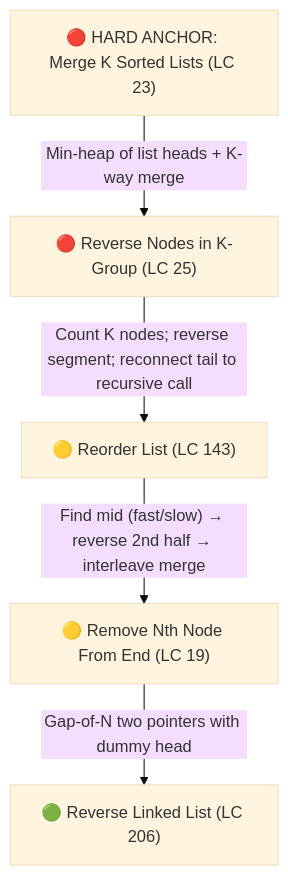
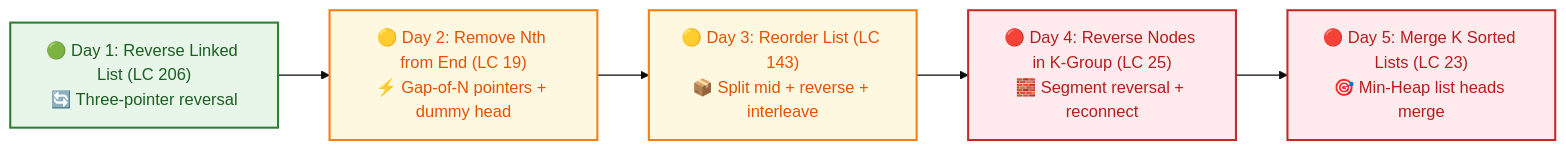
One commit to dip4k/DSA_102 changed the tenth of 19 diagrams in Senior_dsa_question_list.md. Above: the diagram before and after it, drawn with Mermaid (base theme). The commit also changed other lines of this file and 332 other files, not shown here.

````diff
--- a/Senior_dsa_question_list.md
+++ b/Senior_dsa_question_list.md
@@ -273,7 +337,14 @@
 ```mermaid
-flowchart TD
-    A["🔴 HARD ANCHOR: Merge K Sorted Lists (LC 23)"] -->|"Min-heap of list heads + K-way merge"| B["🔴 Reverse Nodes in K-Group (LC 25)"]
-    B -->|"Count K nodes; reverse segment; reconnect tail to recursive call"| C["🟡 Reorder List (LC 143)"]
-    C -->|"Find mid (fast/slow) → reverse 2nd half → interleave merge"| D["🟡 Remove Nth Node From End (LC 19)"]
-    D -->|"Gap-of-N two pointers with dummy head"| E["🟢 Reverse Linked List (LC 206)"]
+flowchart LR
+    classDef startNode fill:#e8f5e9,stroke:#2e7d32,stroke-width:2px,color:#1b5e20
+    classDef midNode fill:#fff8e1,stroke:#f57f17,stroke-width:2px,color:#e65100
+    classDef hardNode fill:#ffebee,stroke:#c62828,stroke-width:2px,color:#b71c1c
+
+    A["🟢 Day 1: Reverse Linked List (LC 206)<br/>🔄 Three-pointer reversal"]:::startNode
+    B["🟡 Day 2: Remove Nth from End (LC 19)<br/>⚡ Gap-of-N pointers + dummy head"]:::midNode
+    C["🟡 Day 3: Reorder List (LC 143)<br/>📦 Split mid + reverse + interleave"]:::midNode
+    D["🔴 Day 4: Reverse Nodes in K-Group (LC 25)<br/>🧱 Segment reversal + reconnect"]:::hardNode
+    E["🔴 Day 5: Merge K Sorted Lists (LC 23)<br/>🎯 Min-Heap list heads merge"]:::hardNode
+
+    A --> B --> C --> D --> E
 ```
````
